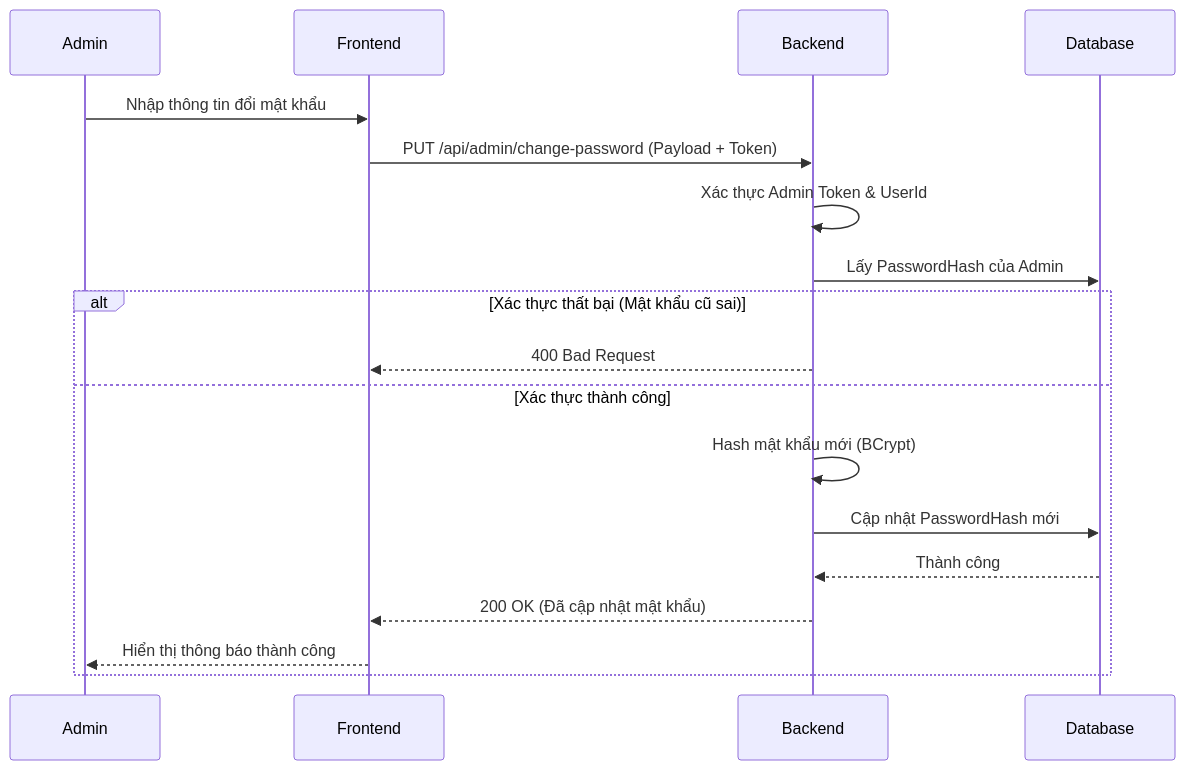
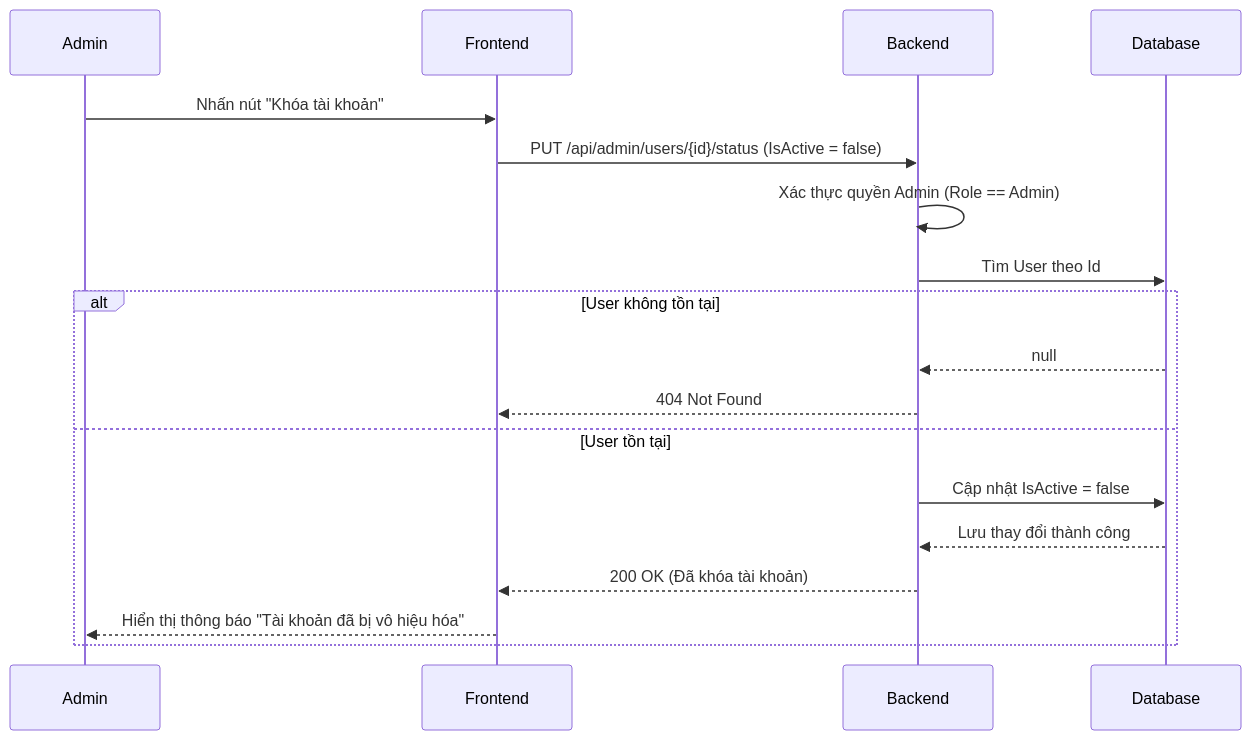
Before and after one commit to kong31082005/Car_rental_Website_Nhom8: the diagram in docs/SRS_USERCONTROLLER.md, drawn with Mermaid. The commit also changed other lines of this file and 7 other files, not shown here.

````diff
--- a/docs/SRS_USERCONTROLLER.md
+++ b/docs/SRS_USERCONTROLLER.md
@@ -33,23 +32,23 @@
 ```mermaid
 sequenceDiagram
     participant Admin
     participant Frontend
     participant Backend
     participant Database
 
-    Admin->>Frontend: Nhập thông tin đổi mật khẩu
-    Frontend->>Backend: PUT /api/admin/change-password (Payload + Token)
+    Admin->>Frontend: Nhấn nút "Khóa tài khoản"
+    Frontend->>Backend: PUT /api/admin/users/{id}/status (IsActive = false)
 
-    Backend->>Backend: Xác thực Admin Token & UserId
-    Backend->>Database: Lấy PasswordHash của Admin
+    Backend->>Backend: Xác thực quyền Admin (Role == Admin)
+    Backend->>Database: Tìm User theo Id
 
-    alt Xác thực thất bại (Mật khẩu cũ sai)
-        Backend-->>Frontend: 400 Bad Request
-    else Xác thực thành công
-        Backend->>Backend: Hash mật khẩu mới (BCrypt)
-        Backend->>Database: Cập nhật PasswordHash mới
-        Database-->>Backend: Thành công
-        Backend-->>Frontend: 200 OK (Đã cập nhật mật khẩu)
-        Frontend-->>Admin: Hiển thị thông báo thành công
+    alt User không tồn tại
+        Database-->>Backend: null
+        Backend-->>Frontend: 404 Not Found
+    else User tồn tại
+        Backend->>Database: Cập nhật IsActive = false
+        Database-->>Backend: Lưu thay đổi thành công
+        Backend-->>Frontend: 200 OK (Đã khóa tài khoản)
+        Frontend-->>Admin: Hiển thị thông báo "Tài khoản đã bị vô hiệu hóa"
     end
 ```
````
